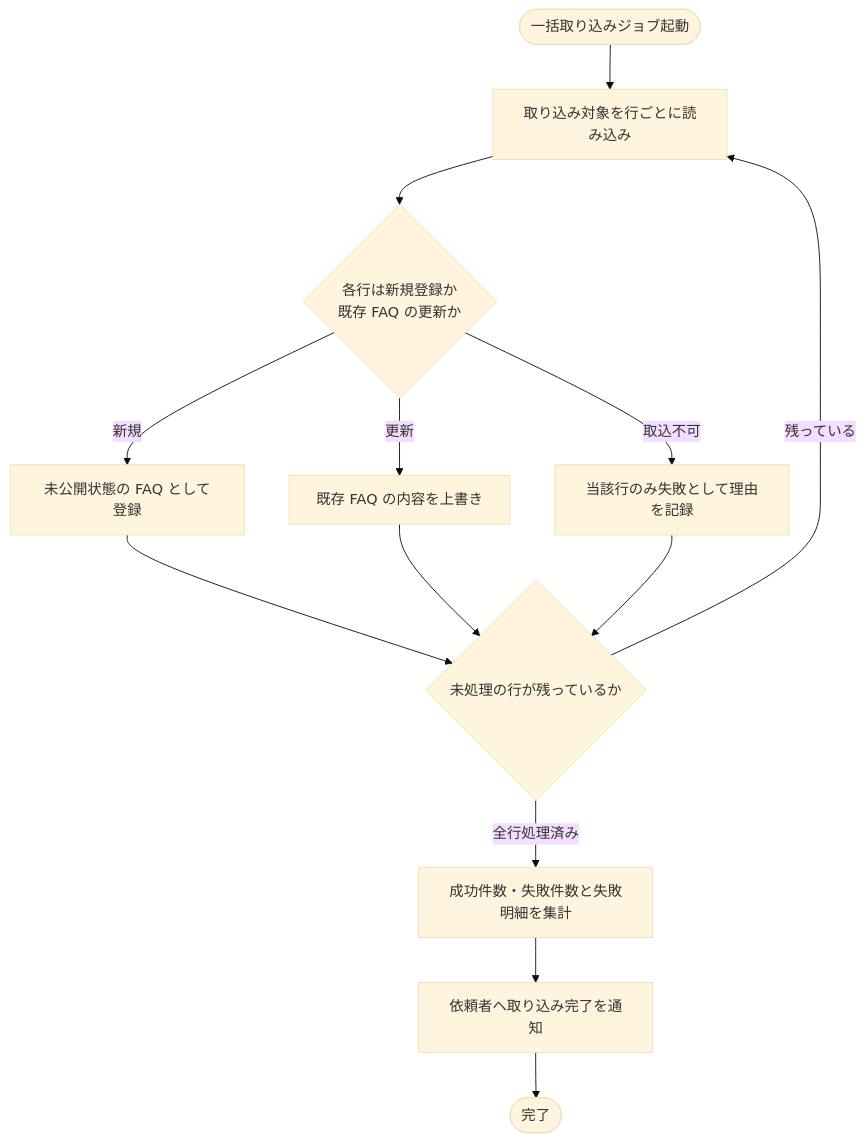
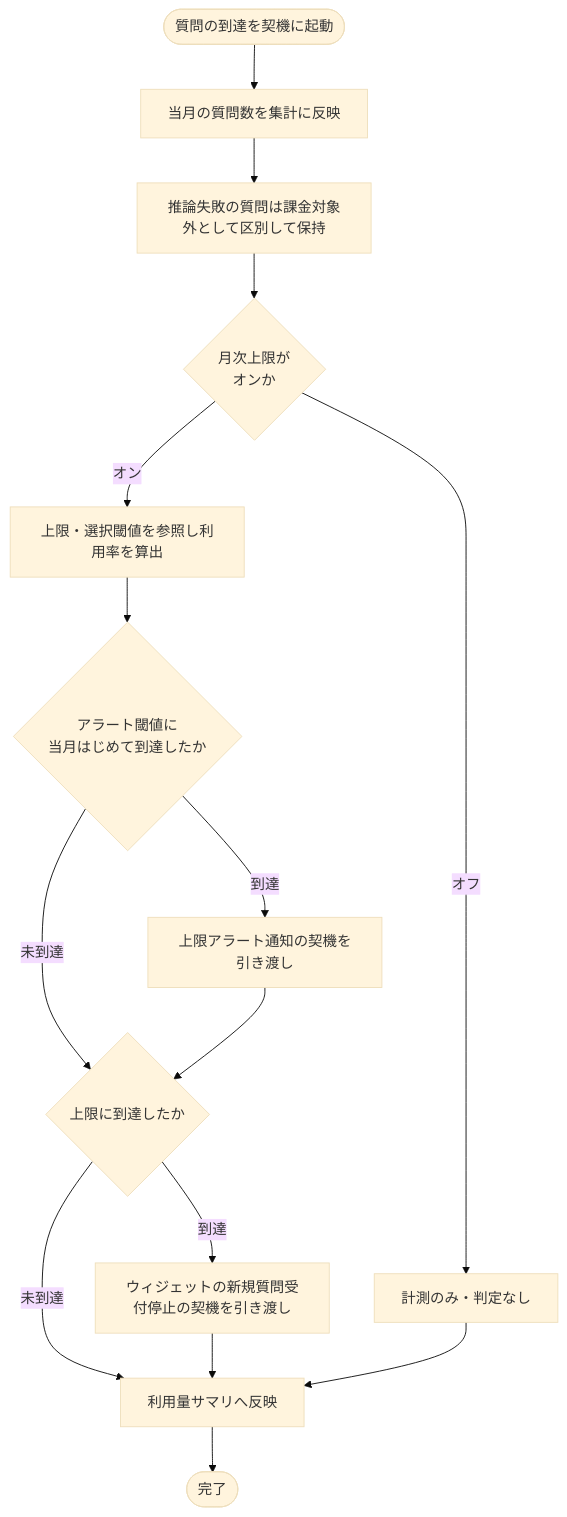
The diagram in 02_basic_design/02_backend/01_system/SYS-016.md (sikakou54/open-faq), drawn with Mermaid (base theme) before and after one commit. The commit also changed other lines of this file and 395 other files, not shown here.

````diff
--- a/02_basic_design/02_backend/01_system/SYS-016.md
+++ b/02_basic_design/02_backend/01_system/SYS-016.md
@@ -27,15 +26,17 @@
 ```mermaid
 flowchart TB
-  S([一括取り込みジョブ起動]) --> A[取り込み対象を行ごとに読み込み]
-  A --> B{各行は新規登録か<br/>既存 FAQ の更新か}
-  B -- 新規 --> C[未公開状態の FAQ として登録]
-  B -- 更新 --> D[既存 FAQ の内容を上書き]
-  B -- 取込不可 --> E[当該行のみ失敗として理由を記録]
-  C --> F{未処理の行が残っているか}
-  D --> F
-  E --> F
-  F -- 残っている --> A
-  F -- 全行処理済み --> G[成功件数・失敗件数と失敗明細を集計]
-  G --> H[依頼者へ取り込み完了を通知]
-  H --> I([完了])
+  S([質問の到達を契機に起動]) --> A[当月の質問数を集計に反映]
+  A --> B[推論失敗の質問は課金対象外として区別して保持]
+  B --> C{月次上限が<br/>オンか}
+  C -- オン --> D[上限・選択閾値を参照し利用率を算出]
+  D --> E{アラート閾値に<br/>当月はじめて到達したか}
+  E -- 到達 --> F[上限アラート通知の契機を引き渡し]
+  E -- 未到達 --> G{上限に到達したか}
+  F --> G
+  G -- 到達 --> H[ウィジェットの新規質問受付停止の契機を引き渡し]
+  G -- 未到達 --> I[利用量サマリへ反映]
+  H --> I
+  C -- オフ --> J[計測のみ・判定なし]
+  J --> I
+  I --> K([完了])
 ```
````
